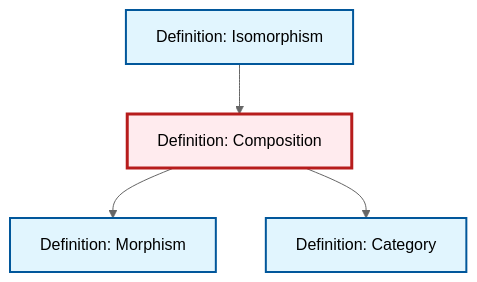
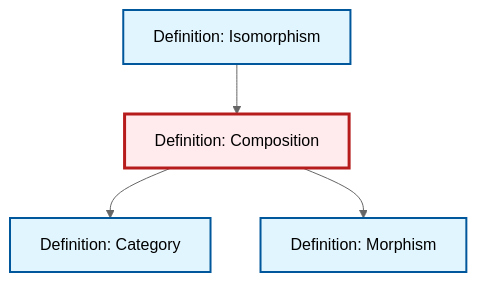
Before and after one commit to RK0429/ModernMath: the diagram in content/ja/category-theory/def-composition.qmd, drawn with Mermaid (neutral theme). The commit also changed other lines of this file and 434 other files, not shown here.

````diff
--- a/content/ja/category-theory/def-composition.qmd
+++ b/content/ja/category-theory/def-composition.qmd
@@ -93,20 +93,20 @@
 ```{mermaid}
 %%| fig-cap: "Local dependency graph"
 graph TD
     classDef definition fill:#e1f5fe,stroke:#01579b,stroke-width:2px
     classDef theorem fill:#f3e5f5,stroke:#4a148c,stroke-width:2px
     classDef axiom fill:#fff3e0,stroke:#e65100,stroke-width:2px
     classDef example fill:#e8f5e9,stroke:#1b5e20,stroke-width:2px
     classDef current fill:#ffebee,stroke:#b71c1c,stroke-width:3px
-    def-category["Definition: Category"]:::definition
     def-morphism["Definition: Morphism"]:::definition
     def-isomorphism["Definition: Isomorphism"]:::definition
     def-composition["Definition: Composition"]:::definition
+    def-category["Definition: Category"]:::definition
+    def-isomorphism --> def-composition
+    def-composition --> def-category
     def-composition --> def-morphism
-    def-composition --> def-category
-    def-isomorphism --> def-composition
     class def-composition current
-    click def-category "def-category.html" "Definition: Categoryへ"
     click def-morphism "def-morphism.html" "Definition: Morphismへ"
     click def-isomorphism "def-isomorphism.html" "Definition: Isomorphismへ"
+    click def-category "def-category.html" "Definition: Categoryへ"
 ```
````
